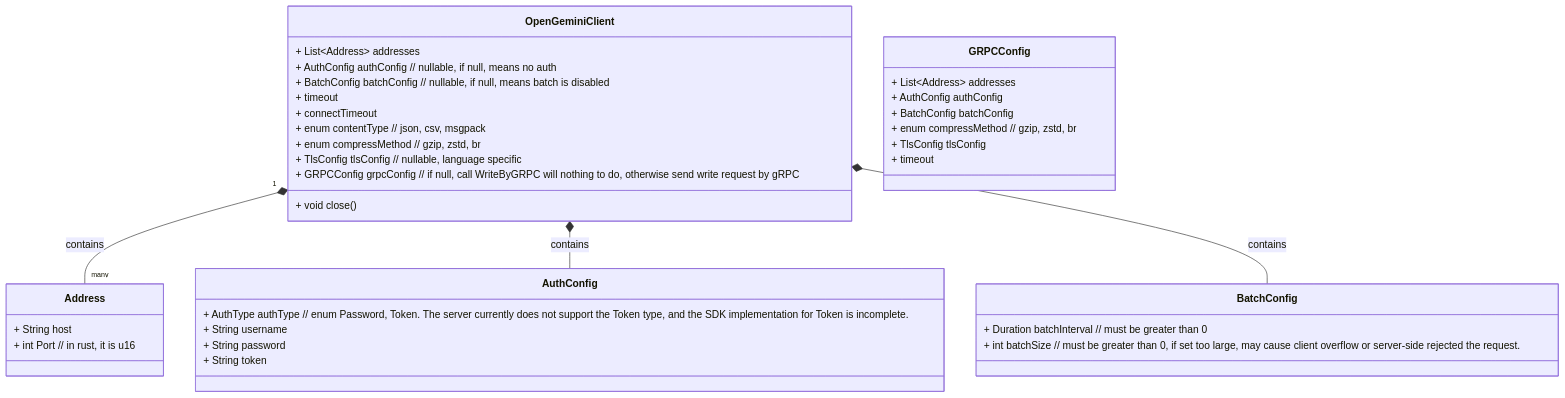
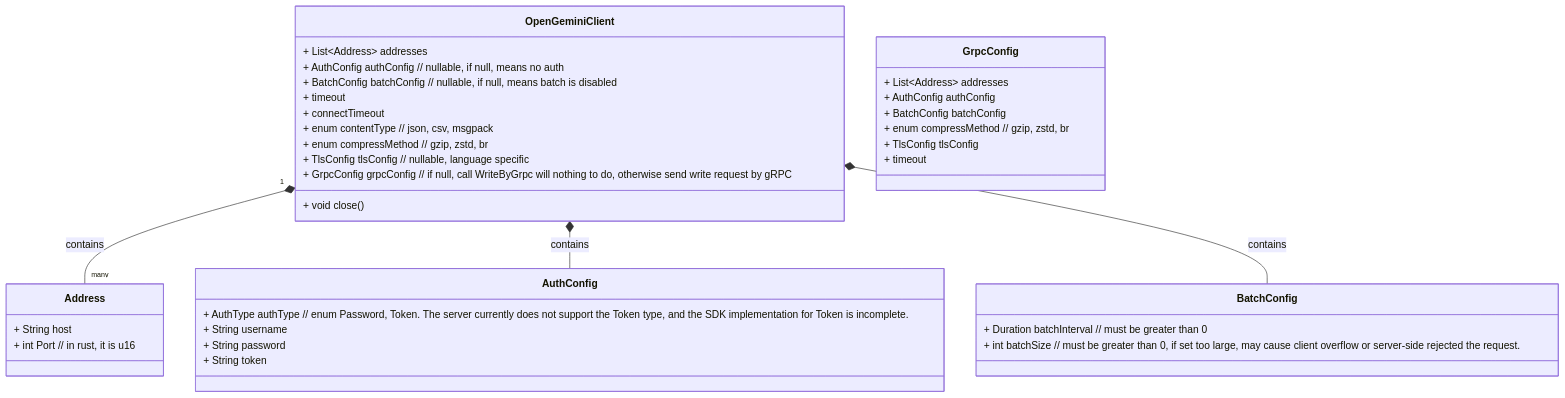
One commit to openGemini/openGemini.github.io changed the first of 9 diagrams in src/guide/develop/client_design.md. Above: the diagram before and after it, drawn with Mermaid. The commit also changed other lines of this file and 1 other file, not shown here.

Commit message:
fix: correct grpc doc

````diff
--- a/src/guide/develop/client_design.md
+++ b/src/guide/develop/client_design.md
@@ -21,45 +21,45 @@
 ```mermaid
 classDiagram
     class OpenGeminiClient {
         + List~Address~ addresses
         + AuthConfig authConfig // nullable, if null, means no auth
         + BatchConfig batchConfig // nullable, if null, means batch is disabled
         + timeout
         + connectTimeout
         + enum contentType // json, csv, msgpack
         + enum compressMethod // gzip, zstd, br
         + TlsConfig tlsConfig // nullable, language specific
         + void close()
-        + GRPCConfig grpcConfig // if null, call WriteByGRPC will nothing to do, otherwise send write request by gRPC
+        + GrpcConfig grpcConfig // if null, call WriteByGrpc will nothing to do, otherwise send write request by gRPC
     }
 
     class Address {
         + String host
         + int Port // in rust, it is u16
     }
 
     class AuthConfig {
         + AuthType authType // enum Password, Token. The server currently does not support the Token type, and the SDK implementation for Token is incomplete.
         + String username
         + String password
         + String token
     }
 
     class BatchConfig {
         + Duration batchInterval // must be greater than 0
         + int batchSize // must be greater than 0, if set too large, may cause client overflow or server-side rejected the request.
     }
     
-    class GRPCConfig {
+    class GrpcConfig {
         + List~Address~ addresses
         + AuthConfig authConfig
         + BatchConfig batchConfig
         + enum compressMethod // gzip, zstd, br
         + TlsConfig tlsConfig
         + timeout
     }
 
     OpenGeminiClient "1" *-- "many" Address: contains
     OpenGeminiClient *-- AuthConfig: contains
     OpenGeminiClient *-- BatchConfig: contains
 ```
````
